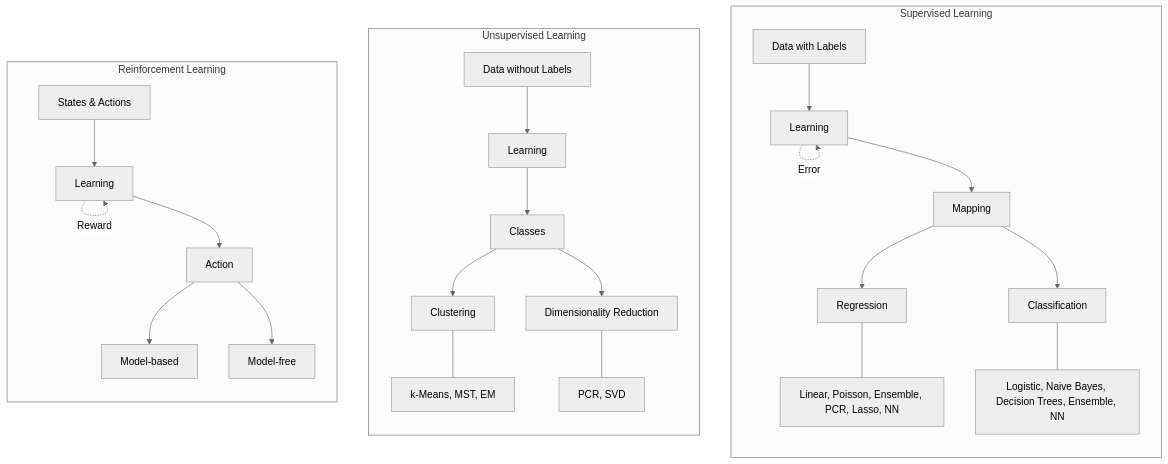
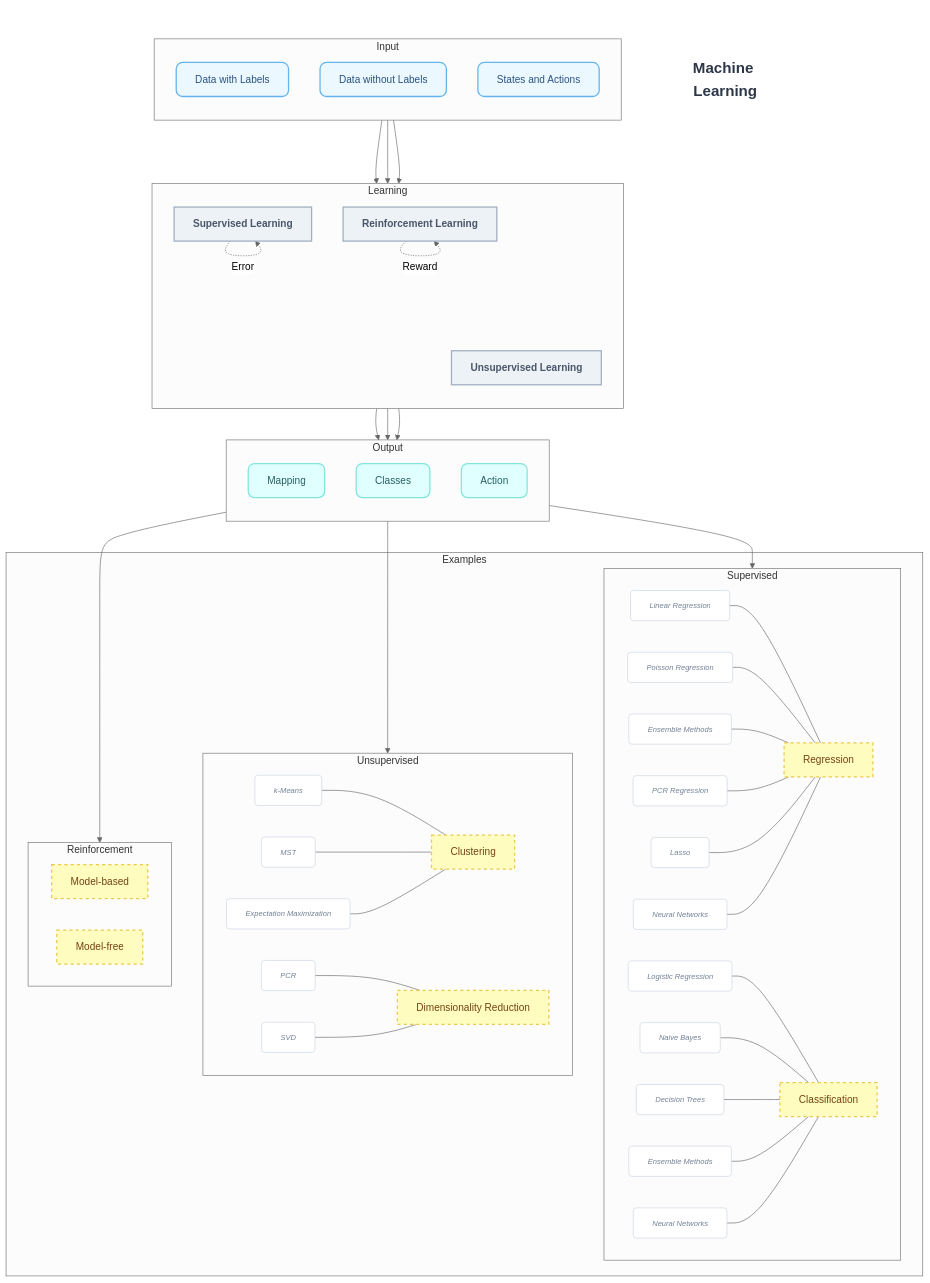
The diagram in _posts/2026-04-04-machine-learning.md (njngwn/njngwn.github.io), drawn with Mermaid (neutral theme) before and after one commit.

Commit message:
edit diagram

````diff
--- a/_posts/2026-04-04-machine-learning.md
+++ b/_posts/2026-04-04-machine-learning.md
@@ -12,37 +12,124 @@
 ```mermaid
 flowchart TD
-    %% 전체 흐름 방향: 위에서 아래로
+    %% 🌟 전체 제목
+    classDef title fill:none,stroke:none,font-size:24px,font-weight:bold,color:#2D3748;
+    TitleNode(((Machine Learning)))
+    class TitleNode title
+
+    %% 💡 1단계: 입력 데이터 (Input Layer)
+    subgraph Input_Layer [Input]
+        direction TB
+        I1[Data with Labels]
+        I2[Data without Labels]
+        I3[States and Actions]
+    end
     
-    subgraph Supervised [Supervised Learning]
+    %% ⚙️ 2단계: 학습 방법 (Learning methods)
+    subgraph Learning_Methods [Learning]
         direction TB
-        I1[Data with Labels] --> SL[Learning]
-        SL -.->|Error| SL
-        SL --> O1[Mapping]
-        O1 --> Reg[Regression]
-        O1 --> Class[Classification]
+        SL[Supervised Learning]
+        UL[Unsupervised Learning]
+        RL[Reinforcement Learning]
         
-        %% 알고리즘들을 묶어서 표현 (가로 너비 조절)
-        Reg --- R_Algos[Linear, Poisson, Ensemble, PCR, Lasso, NN]
-        Class --- C_Algos[Logistic, Naive Bayes, Decision Trees, Ensemble, NN]
+        %% 피드백 루프 (직관적인 흐름)
+        SL -. Error .-> SL
+        RL -. Reward .-> RL
     end
-
-    subgraph Unsupervised [Unsupervised Learning]
+    
+    %% 📤 3단계: 결과물 (Output Layer)
+    subgraph Output_Layer [Output]
         direction TB
-        I2[Data without Labels] --> UL[Learning]
-        UL --> O2[Classes]
-        O2 --> Clust[Clustering]
-        O2 --> DimRed[Dimensionality Reduction]
+        O1[Mapping]
+        O2[Classes]
+        O3[Action]
+    end
+    
+    %% 🔍 4단계: 상세 예시 및 알고리즘 (Detailed Examples)
+    subgraph Examples_Layer [Examples]
+        %% 지도 학습 상세
+        subgraph SL_Examples [Supervised]
+            direction LR
+            Reg[Regression]
+            Class[Classification]
+            
+            Reg_L[Linear Regression] --- Reg
+            Reg_P[Poisson Regression] --- Reg
+            Reg_E[Ensemble Methods] --- Reg
+            Reg_PCR[PCR Regression] --- Reg
+            Reg_LS[Lasso] --- Reg
+            Reg_NN[Neural Networks] --- Reg
+            
+            Class_L[Logistic Regression] --- Class
+            Class_NB[Naive Bayes] --- Class
+            Class_DT[Decision Trees] --- Class
+            Class_E[Ensemble Methods] --- Class
+            Class_NN[Neural Networks] --- Class
+        end
         
-        Clust --- Cl_Algos[k-Means, MST, EM]
-        DimRed --- DR_Algos[PCR, SVD]
+        %% 비지도 학습 상세
+        subgraph UL_Examples [Unsupervised]
+            direction LR
+            Clust[Clustering]
+            DimRed[Dimensionality Reduction]
+            
+            C_KM[k-Means] --- Clust
+            C_MST[MST] --- Clust
+            C_EM[Expectation Maximization] --- Clust
+            
+            DR_P[PCR] --- DimRed
+            DR_S[SVD] --- DimRed
+        end
+        
+        %% 강화 학습 상세
+        subgraph RL_Examples [Reinforcement]
+            direction LR
+            RL_MB[Model-based]
+            RL_MF[Model-free]
+        end
     end
-
-    subgraph Reinforcement [Reinforcement Learning]
-        direction TB
-        I3[States & Actions] --> RL[Learning]
-        RL -.->|Reward| RL
-        RL --> O3[Action]
-        O3 --> RL_MB[Model-based]
-        O3 --> RL_MF[Model-free]
+    
+    %% 🔗 전체 연결 (최소화 및 명확화)
+    I1 --> SL
+    I2 --> UL
+    I3 --> RL
+    
+    SL --> O1
+    UL --> O2
+    RL --> O3
+    
+    O1 --> SL_Examples
+    O2 --> UL_Examples
+    O3 --> RL_Examples
+    
+    %% 🎨 스타일 정의 (classDef)
+    classDef inputNode fill:#EBF8FF,stroke:#63B3ED,stroke-width:2px,rx:10,ry:10,color:#2C5282;
+    classDef learningNode fill:#EDF2F7,stroke:#A0AEC0,stroke-width:2px,color:#4A5568,font-weight:bold;
+    classDef outputNode fill:#E0FFFF,stroke:#81E6D9,stroke-width:2px,rx:10,ry:10,color:#285E61;
+    classDef exampleCatNode fill:#FEFCBF,stroke:#ECC94B,stroke-width:2px,stroke-dasharray: 5 5,color:#744210;
+    classDef exampleNode fill:#FFFFFF,stroke:#CBD5E0,stroke-width:1px,rx:5,ry:5,color:#718096,font-style:italic,font-size:12px;
+    
+    %% 스타일 적용 (class)
+    class I1,I2,I3 inputNode
+    class SL,UL,RL learningNode
+    class O1,O2,O3 outputNode
+    class Reg,Class,Clust,DimRed,RL_MB,RL_MF exampleCatNode
+    class Reg_L,Reg_P,Reg_E,Reg_PCR,Reg_LS,Reg_NN,Class_L,Class_NB,Class_DT,Class_E,Class_NN,C_KM,C_MST,C_EM,DR_P,DR_S exampleNode
+    
+    %% 서브그래프 스타일
+    %% 🎨 Input_Layer 서브그래프 배경색 변경
+    subgraph Input_Layer
+        style Input_Layer fill:#F0F9FF,stroke:none
+    end
+    %% 🎨 Learning_Methods 서브그래프 배경색 변경
+    subgraph Learning_Methods
+        style Learning_Methods fill:#F7FAFC,stroke:none
+    end
+    %% 🎨 Output_Layer 서브그래프 배경색 변경
+    subgraph Output_Layer
+        style Output_Layer fill:#F0FFF4,stroke:none
+    end
+    %% 🎨 Examples_Layer 서브그래프 배경색 변경
+    subgraph Examples_Layer
+        style Examples_Layer fill:#FFFEEE,stroke:none
     end
 ```
````
